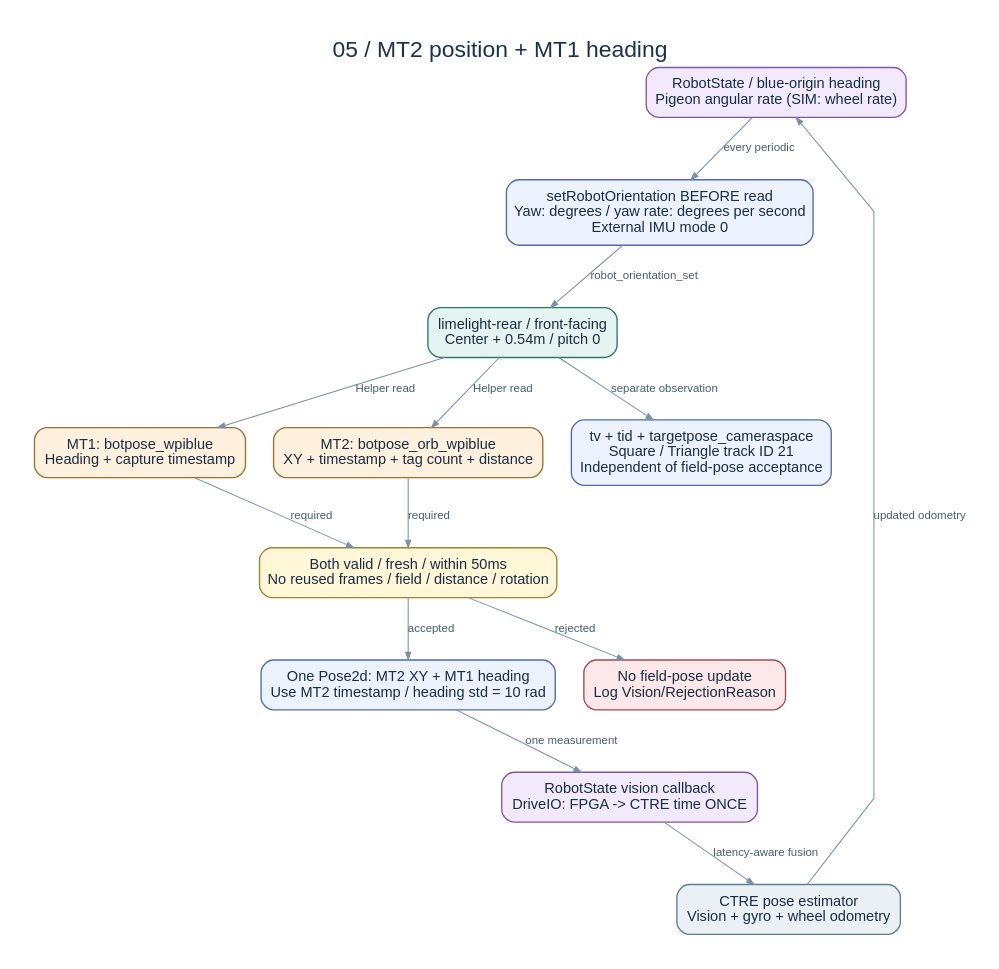
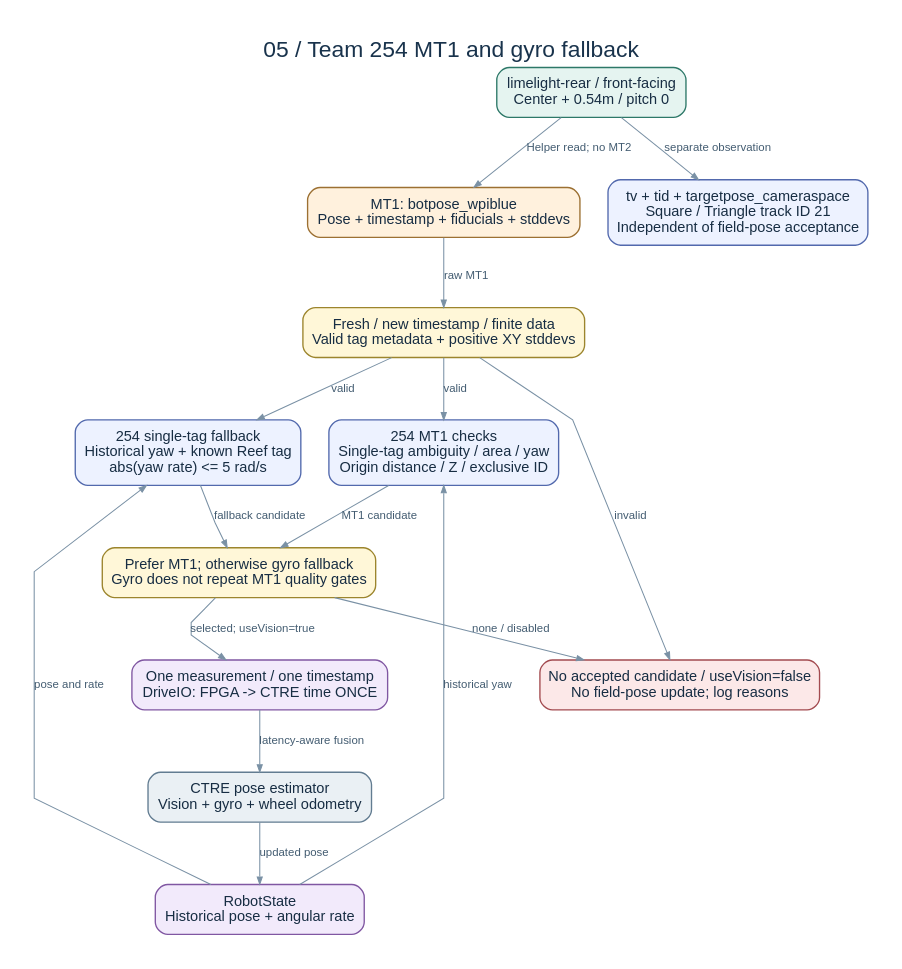
Before and after one commit to PepsiLee/FRC-2026-Systemcore-Public-main: the diagram in docs/drive-vision/diagrams/05-megatag-inputs.dot, drawn with Graphviz. The commit also changed 23 other files, not shown here.

Commit message:
Adopt  MT1 localization with single-tag gyro fallback

```diff
--- a/docs/drive-vision/diagrams/05-megatag-inputs.dot
+++ b/docs/drive-vision/diagrams/05-megatag-inputs.dot
@@ -1,28 +1,31 @@
 digraph G {
-graph [rankdir=TB, bgcolor="white", pad=0.35, nodesep=0.38, ranksep=0.65, splines=polyline, fontname="Arial", fontsize=22, fontcolor="#19334c", label="05 / MT2 position + MT1 heading", labelloc=t];
+graph [rankdir=TB, bgcolor="white", pad=0.35, nodesep=0.38, ranksep=0.65, splines=polyline, fontname="Arial", fontsize=22, fontcolor="#19334c", label="05 / Team 254 MT1 and gyro fallback", labelloc=t];
 node [shape=box, style="rounded,filled", fontname="Arial", fontsize=14, margin="0.16,0.12", penwidth=1.3, fontcolor="#172d43"];
 edge [fontname="Arial", fontsize=11, color="#7a91a5", fontcolor="#435c71", arrowsize=0.7];
-state [label="RobotState / blue-origin heading\nPigeon angular rate (SIM: wheel rate)", fillcolor="#f2eafb", color="#8057a2"];
-orientation [label="setRobotOrientation BEFORE read\nYaw: degrees / yaw rate: degrees per second\nExternal IMU mode 0", fillcolor="#edf2ff", color="#5269ad"];
 camera [label="limelight-rear / front-facing\nCenter + 0.54m / pitch 0", fillcolor="#e5f4f0", color="#2d7868"];
-mt1 [label="MT1: botpose_wpiblue\nHeading + capture timestamp", fillcolor="#fff1dd", color="#9c7032"];
-mt2 [label="MT2: botpose_orb_wpiblue\nXY + timestamp + tag count + distance", fillcolor="#fff1dd", color="#9c7032"];
-filter [label="Both valid / fresh / within 50ms\nNo reused frames / field / distance / rotation", fillcolor="#fff7d8", color="#9c852d"];
-combine [label="One Pose2d: MT2 XY + MT1 heading\nUse MT2 timestamp / heading std = 10 rad", fillcolor="#edf2ff", color="#5269ad"];
-callback [label="RobotState vision callback\nDriveIO: FPGA -> CTRE time ONCE", fillcolor="#f2eafb", color="#8057a2"];
+mt1 [label="MT1: botpose_wpiblue\nPose + timestamp + fiducials + stddevs", fillcolor="#fff1dd", color="#9c7032"];
+guard [label="Fresh / new timestamp / finite data\nValid tag metadata + positive XY stddevs", fillcolor="#fff7d8", color="#9c852d"];
+main [label="254 MT1 checks\nSingle-tag ambiguity / area / yaw\nOrigin distance / Z / exclusive ID", fillcolor="#edf2ff", color="#5269ad"];
+gyro [label="254 single-tag fallback\nHistorical yaw + known Reef tag\nabs(yaw rate) <= 5 rad/s", fillcolor="#edf2ff", color="#5269ad"];
+state [label="RobotState\nHistorical pose + angular rate", fillcolor="#f2eafb", color="#8057a2"];
+select [label="Prefer MT1; otherwise gyro fallback\nGyro does not repeat MT1 quality gates", fillcolor="#fff7d8", color="#9c852d"];
+callback [label="One measurement / one timestamp\nDriveIO: FPGA -> CTRE time ONCE", fillcolor="#f2eafb", color="#8057a2"];
 drive [label="CTRE pose estimator\nVision + gyro + wheel odometry", fillcolor="#eaf0f4", color="#627c91"];
 relative [label="tv + tid + targetpose_cameraspace\nSquare / Triangle track ID 21\nIndependent of field-pose acceptance", fillcolor="#edf2ff", color="#5269ad"];
-reject [label="No field-pose update\nLog Vision/RejectionReason", fillcolor="#fce8e8", color="#a34b50"];
-state -> orientation [label="every periodic"];
-orientation -> camera [label="robot_orientation_set"];
-camera -> mt1 [label="Helper read"];
-camera -> mt2 [label="Helper read"];
-mt1 -> filter [label="required"];
-mt2 -> filter [label="required"];
-filter -> combine [label="accepted"];
-filter -> reject [label="rejected"];
-combine -> callback [label="one measurement"];
+reject [label="No accepted candidate / useVision=false\nNo field-pose update; log reasons", fillcolor="#fce8e8", color="#a34b50"];
+camera -> mt1 [label="Helper read; no MT2"];
+mt1 -> guard [label="raw MT1"];
+guard -> main [label="valid"];
+guard -> gyro [label="valid"];
+guard -> reject [label="invalid"];
+state -> main [label="historical yaw"];
+state -> gyro [label="pose and rate"];
+main -> select [label="MT1 candidate"];
+gyro -> select [label="fallback candidate"];
+select -> callback [label="selected; useVision=true"];
+select -> reject [label="none / disabled"];
 callback -> drive [label="latency-aware fusion"];
-drive -> state [label="updated odometry"];
+drive -> state [label="updated pose"];
 camera -> relative [label="separate observation"];
+{ rank=same; main; gyro; }
 }
```
